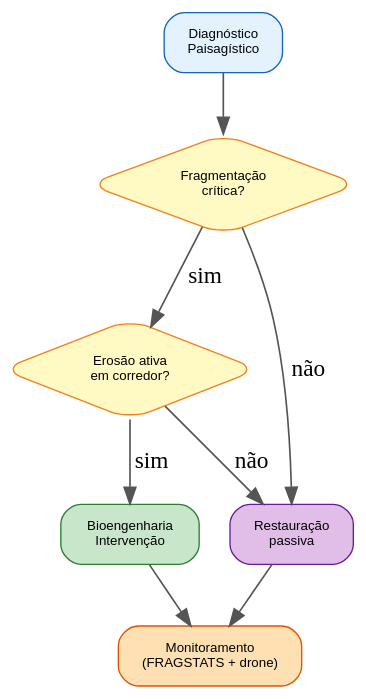
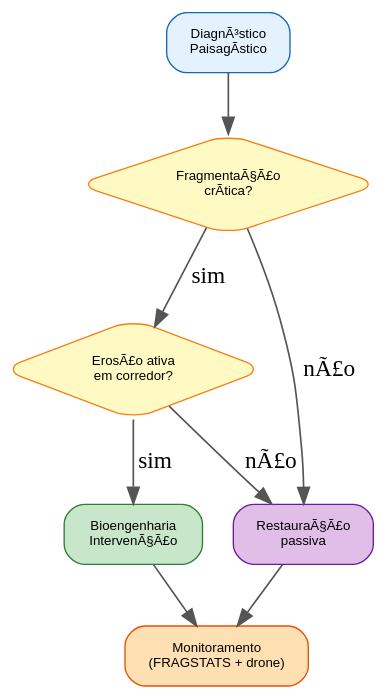
One commit to ldvsantos/cv changed the diagram in aulas/analise_paisagem/extras/bioengenharia_controle_erosao/bioengenharia_controle_erosao.qmd. Above: the diagram before and after it, drawn with Graphviz. The commit also changed other lines of this file and 466 other files, not shown here.

````diff
--- a/aulas/analise_paisagem/extras/bioengenharia_controle_erosao/bioengenharia_controle_erosao.qmd
+++ b/aulas/analise_paisagem/extras/bioengenharia_controle_erosao/bioengenharia_controle_erosao.qmd
@@ -206,25 +204,25 @@
 ```{dot}
-//| fig-cap: "Fluxo de decisão: diagnóstico paisagístico → intervenção por bioengenharia."
+//| fig-cap: "Fluxo de decisÃ£o: diagnÃ³stico paisagÃ­stico â†’ intervenÃ§Ã£o por bioengenharia."
 //| fig-width: 5
 digraph {
     rankdir=TB
     bgcolor="transparent"
     node [shape=box, style="rounded,filled", fontname="Helvetica", fontsize=8, margin="0.15,0.08", penwidth=0.8]
     edge [color="#555555", penwidth=1.0]
 
-    DIAG [label="Diagnóstico\nPaisagístico", fillcolor="#E3F2FD", color="#1565C0"]
-    FRAG [label="Fragmentação\ncrítica?", fillcolor="#FFF9C4", color="#F57F17", shape=diamond]
-    EROS [label="Erosão ativa\nem corredor?", fillcolor="#FFF9C4", color="#F57F17", shape=diamond]
-    BIO [label="Bioengenharia\nIntervenção", fillcolor="#C8E6C9", color="#2E7D32"]
-    REST [label="Restauração\npassiva", fillcolor="#E1BEE7", color="#6A1B9A"]
+    DIAG [label="DiagnÃ³stico\nPaisagÃ­stico", fillcolor="#E3F2FD", color="#1565C0"]
+    FRAG [label="FragmentaÃ§Ã£o\ncrÃ­tica?", fillcolor="#FFF9C4", color="#F57F17", shape=diamond]
+    EROS [label="ErosÃ£o ativa\nem corredor?", fillcolor="#FFF9C4", color="#F57F17", shape=diamond]
+    BIO [label="Bioengenharia\nIntervenÃ§Ã£o", fillcolor="#C8E6C9", color="#2E7D32"]
+    REST [label="RestauraÃ§Ã£o\npassiva", fillcolor="#E1BEE7", color="#6A1B9A"]
     MON [label="Monitoramento\n(FRAGSTATS + drone)", fillcolor="#FFE0B2", color="#E65100"]
 
     DIAG -> FRAG
     FRAG -> EROS [label="sim"]
-    FRAG -> REST [label="não"]
+    FRAG -> REST [label="nÃ£o"]
     EROS -> BIO [label="sim"]
-    EROS -> REST [label="não"]
+    EROS -> REST [label="nÃ£o"]
     BIO -> MON
     REST -> MON
 }
 ```
````
